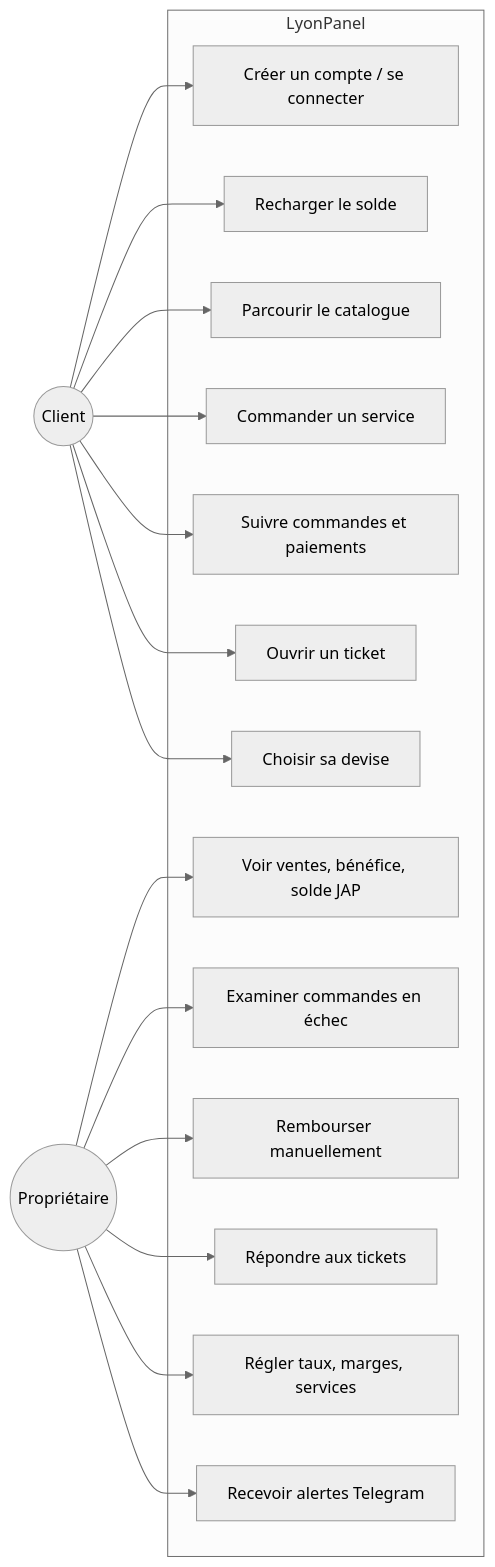
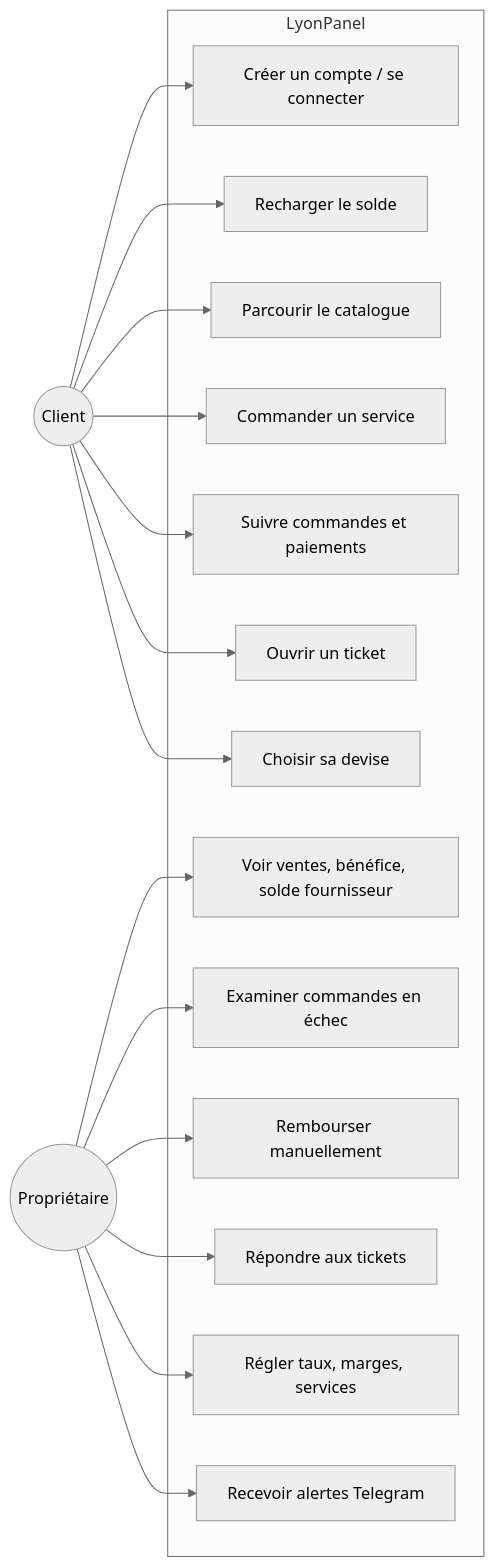
The second of 13 diagrams in ARCHITECTURE.md (lyon32/lyonpanel), drawn with Mermaid (neutral theme) before and after one commit. The commit also changed other lines of this file and 39 other files, not shown here.

Commit message:
docs(phase-4): phase 3 validée, JAP remplacé par fournisseur, plan de la phase 4

````diff
--- a/ARCHITECTURE.md
+++ b/ARCHITECTURE.md
@@ -35,22 +35,22 @@
 ```mermaid
 flowchart LR
   Client((Client))
   Owner((Propriétaire))
   subgraph LyonPanel
     U1[Créer un compte / se connecter]
     U2[Recharger le solde]
     U3[Parcourir le catalogue]
     U4[Commander un service]
     U5[Suivre commandes et paiements]
     U6[Ouvrir un ticket]
     U7[Choisir sa devise]
-    A1[Voir ventes, bénéfice, solde JAP]
+    A1[Voir ventes, bénéfice, solde fournisseur]
     A2[Examiner commandes en échec]
     A3[Rembourser manuellement]
     A4[Répondre aux tickets]
     A5[Régler taux, marges, services]
     A6[Recevoir alertes Telegram]
   end
   Client --> U1 & U2 & U3 & U4 & U5 & U6 & U7
   Owner --> A1 & A2 & A3 & A4 & A5 & A6
 ```
````
